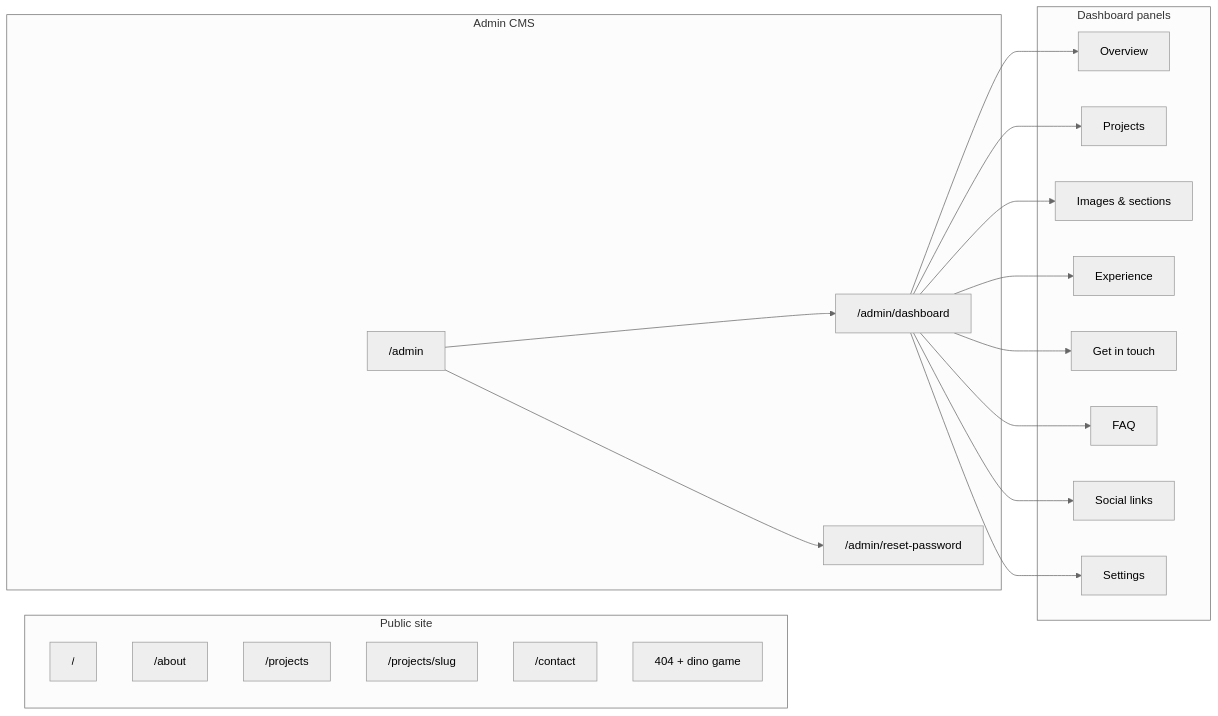
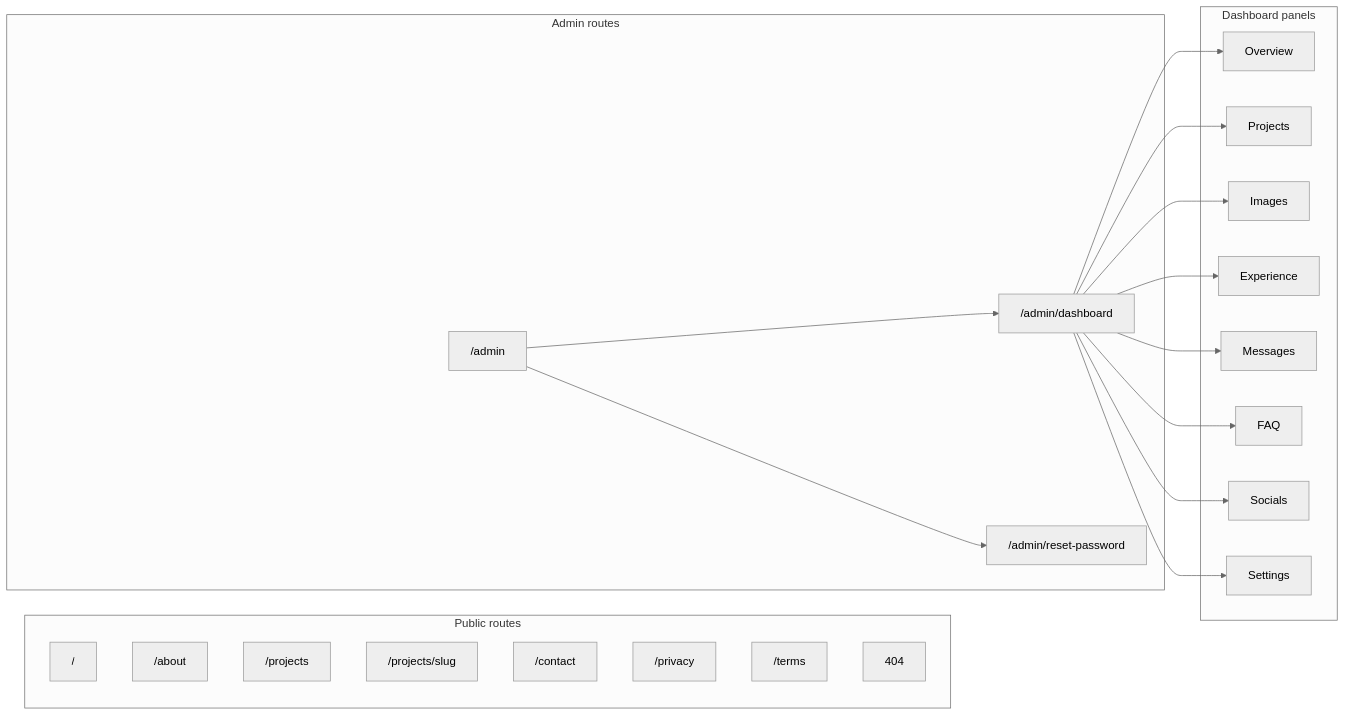
Before and after one commit to mawlid1431/Portfolio: the second of 15 diagrams in README.md, drawn with Mermaid (neutral theme). The commit also changed other lines of this file, not shown here.

````diff
--- a/README.md
+++ b/README.md
@@ -107,40 +158,34 @@
 ```mermaid
 flowchart LR
-  subgraph Public["Public site"]
-    Home["/"]
-    About["/about"]
-    Projects["/projects"]
-    ProjectDetail["/projects/slug"]
-    Contact["/contact"]
-    NotFound["404 + dino game"]
+  subgraph Public["Public routes"]
+    H["/"]
+    A["/about"]
+    P["/projects"]
+    PS["/projects/slug"]
+    C["/contact"]
+    PR["/privacy"]
+    T["/terms"]
+    NF["404"]
   end
 
-  subgraph Admin["Admin CMS"]
-    Login["/admin"]
-    Dashboard["/admin/dashboard"]
-    Reset["/admin/reset-password"]
+  subgraph Admin["Admin routes"]
+    AL["/admin"]
+    AD["/admin/dashboard"]
+    AR["/admin/reset-password"]
   end
 
-  subgraph Panels["Dashboard panels"]
-    Overview["Overview"]
-    ProjectsP["Projects"]
-    Images["Images & sections"]
-    Experience["Experience"]
-    Messages["Get in touch"]
-    FAQ["FAQ"]
-    Socials["Social links"]
-    Settings["Settings"]
+  subgraph CMS["Dashboard panels"]
+    O["Overview"]
+    PJ["Projects"]
+    IM["Images"]
+    EX["Experience"]
+    MG["Messages"]
+    FQ["FAQ"]
+    SO["Socials"]
+    ST["Settings"]
   end
 
-  Dashboard --> Overview
-  Dashboard --> ProjectsP
-  Dashboard --> Images
-  Dashboard --> Experience
-  Dashboard --> Messages
-  Dashboard --> FAQ
-  Dashboard --> Socials
-  Dashboard --> Settings
-
-  Login --> Dashboard
-  Login --> Reset
+  AD --> O & PJ & IM & EX & MG & FQ & SO & ST
+  AL --> AD
+  AL --> AR
 ```
````
